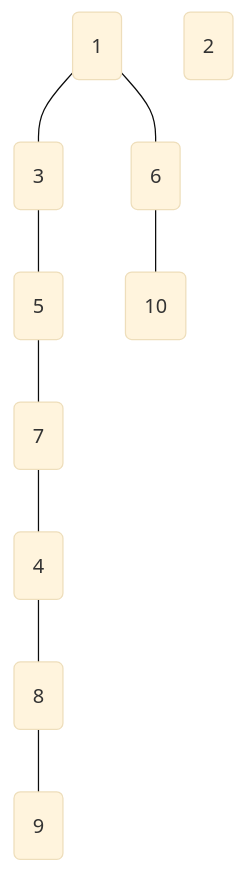
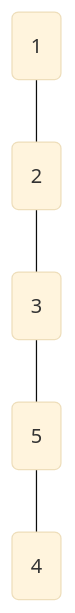
One commit to Austin1153/DSA changed the diagram in HW02_DSA(2)/DFS.md. Above: the diagram before and after it, drawn with Mermaid (base theme). The commit also changed other lines of this file and 5 other files, not shown here.

````diff
--- a/HW02_DSA(2)/DFS.md
+++ b/HW02_DSA(2)/DFS.md
@@ -2,21 +2,12 @@
 ```mermaid
  graph TD
 	A1(1)
 	A2(2)
 	A3(3)
 	A4(4)
 	A5(5)
-	A6(6)
-	A7(7)
-	A8(8)
-	A9(9)
-	A10(10)
-	A1 --- A3
+	A1 --- A2
+	A2 --- A3
 	A3 --- A5
-	A5 --- A7
-	A7 --- A4
-	A4 --- A8
-	A8 --- A9
-	A1 --- A6
-	A6 --- A10
+	A5 --- A4
 ```
````
